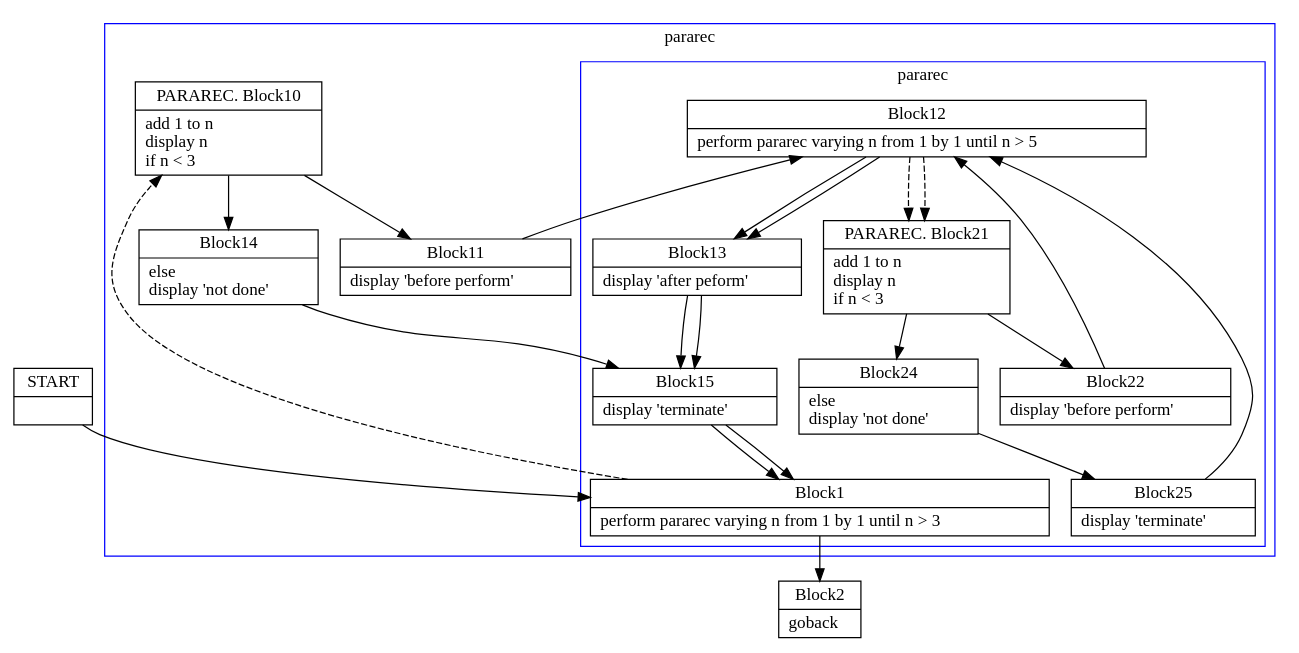
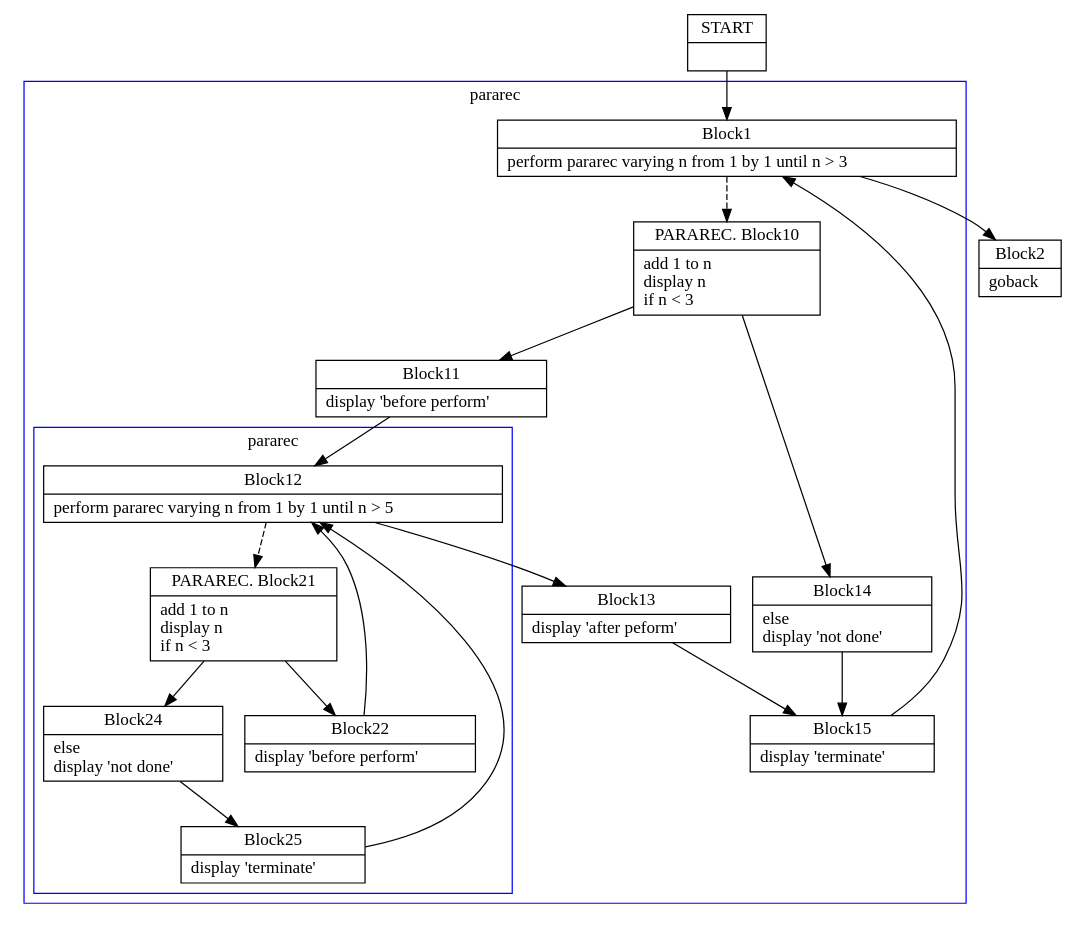
The diagram in TypeCobol.Analysis.Test/DotOutput/PerformProcIterativeRecursive0.dot (TypeCobolTeam/TypeCobol), drawn with Graphviz before and after one commit. The commit also changed 12 other files, not shown here.

```diff
--- a/TypeCobol.Analysis.Test/DotOutput/PerformProcIterativeRecursive0.dot
+++ b/TypeCobol.Analysis.Test/DotOutput/PerformProcIterativeRecursive0.dot
@@ -1,92 +1,78 @@
 digraph Cfg {
 compound=true;
 node [
 shape = "record"
 ]
 
 edge [
 arrowtail = "empty"
 ]
 Block0 [
 label = "{START|}"
 ]
 Block1 [
 label = "{Block1|    perform pararec varying n from 1 by 1 until n \> 3\l}"
 ]
 subgraph cluster_1{
 color = blue;
 label = "pararec";
 Block10 [
 label = "{PARAREC. Block10|    add 1 to n\l    display n\l    if n \< 3\l}"
 ]
 Block11 [
 label = "{Block11|       display 'before perform'\l}"
 ]
 Block12 [
 label = "{Block12|       perform pararec  varying n from 1 by 1 until n \> 5\l}"
 ]
 subgraph cluster_2{
 color = blue;
 label = "pararec";
 Block21 [
 label = "{PARAREC. Block21|    add 1 to n\l    display n\l    if n \< 3\l}"
 ]
 Block22 [
 label = "{Block22|       display 'before perform'\l}"
 ]
-Block12 [
-label = "{Block12|       perform pararec  varying n from 1 by 1 until n \> 5\l}"
-]
-Block12 -> Block21 [style=dashed]
-
-Block13 [
-label = "{Block13|       display 'after peform'\l}"
-]
-Block15 [
-label = "{Block15|    display 'terminate'\l}"
-]
 Block24 [
 label = "{Block24|    else\l       display 'not done'\l}"
 ]
 Block25 [
 label = "{Block25|    display 'terminate'\l}"
 ]
 Block21 -> Block22
 Block21 -> Block24
 Block22 -> Block12
-Block12 -> Block13
-Block13 -> Block15
-Block15 -> Block1
 Block24 -> Block25
 Block25 -> Block12
 
 }
 Block12 -> Block21 [style=dashed]
 
 Block13 [
 label = "{Block13|       display 'after peform'\l}"
 ]
 Block15 [
 label = "{Block15|    display 'terminate'\l}"
 ]
 Block14 [
 label = "{Block14|    else\l       display 'not done'\l}"
 ]
 Block10 -> Block11
 Block10 -> Block14
 Block11 -> Block12
 Block12 -> Block13
 Block13 -> Block15
 Block15 -> Block1
 Block14 -> Block15
 
 }
 Block1 -> Block10 [style=dashed]
 
 Block2 [
 label = "{Block2|    goback\l}"
 ]
 Block0 -> Block1
 Block1 -> Block2
 
 }
```
